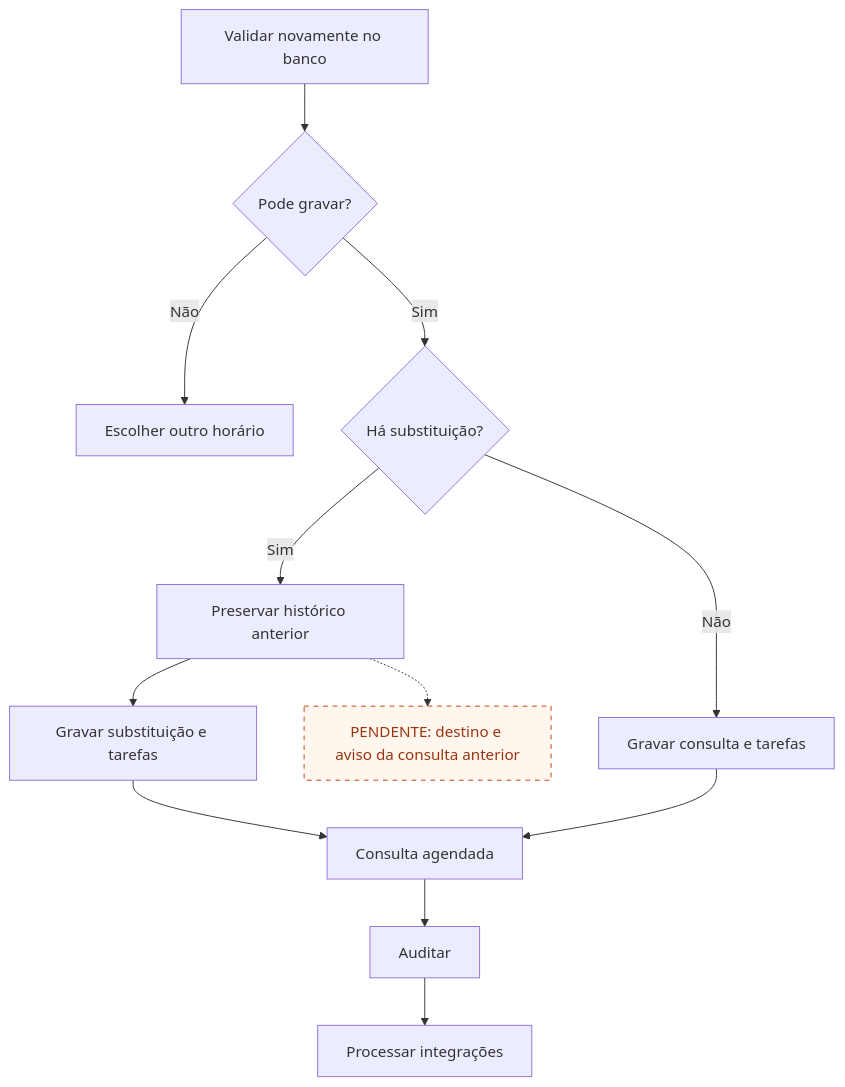
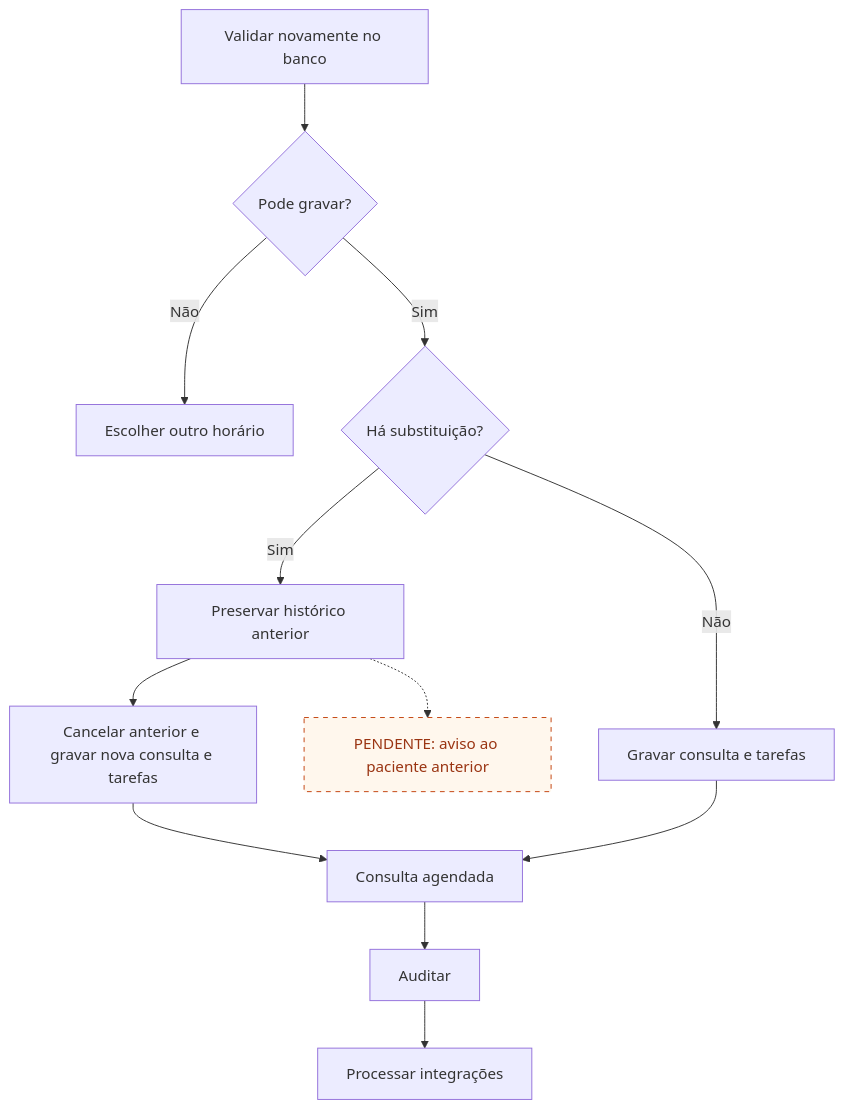
Before and after one commit to ArthurSarva/IntegraConsultas: the fourth of 9 diagrams in docs/fluxograma-sistema.md, drawn with Mermaid. The commit also changed other lines of this file, not shown here.

````diff
--- a/docs/fluxograma-sistema.md
+++ b/docs/fluxograma-sistema.md
@@ -81,16 +83,16 @@
 ```mermaid
 flowchart TD
  A["Validar novamente no banco"] --> B{"Pode gravar?"}
  B -->|Não| C["Escolher outro horário"]
  B -->|Sim| D{"Há substituição?"}
  D -->|Sim| E["Preservar histórico anterior"]
- E --> F["Gravar substituição e tarefas"]
+ E --> F["Cancelar anterior e gravar nova consulta e tarefas"]
  D -->|Não| G["Gravar consulta e tarefas"]
  F --> H["Consulta agendada"]
  G --> H
  H --> I["Auditar"]
  I --> J["Processar integrações"]
  classDef pendente fill:#fff7ed,stroke:#c2410c,stroke-dasharray:5 5,color:#9a3412;
- P["PENDENTE: destino e aviso da consulta anterior"]:::pendente
+ P["PENDENTE: aviso ao paciente anterior"]:::pendente
  E -.-> P
 ```
````
